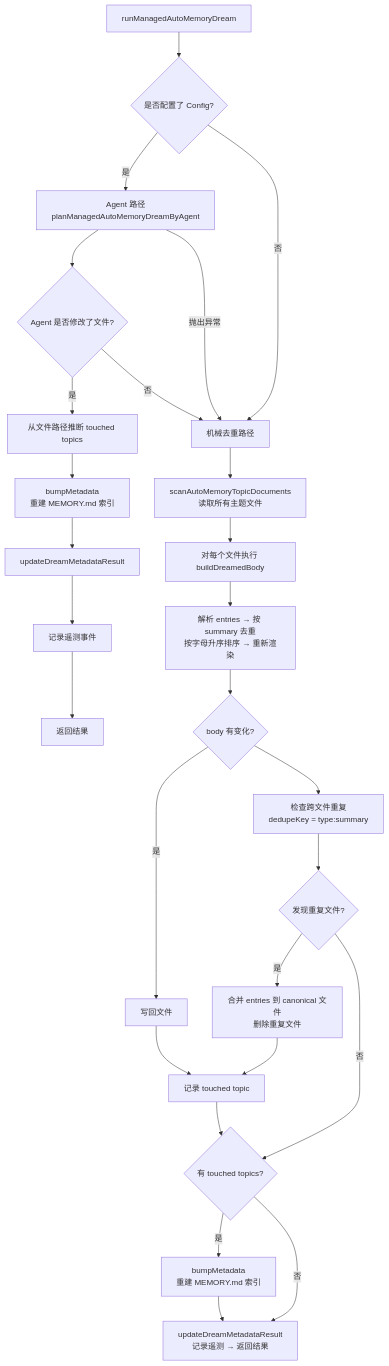
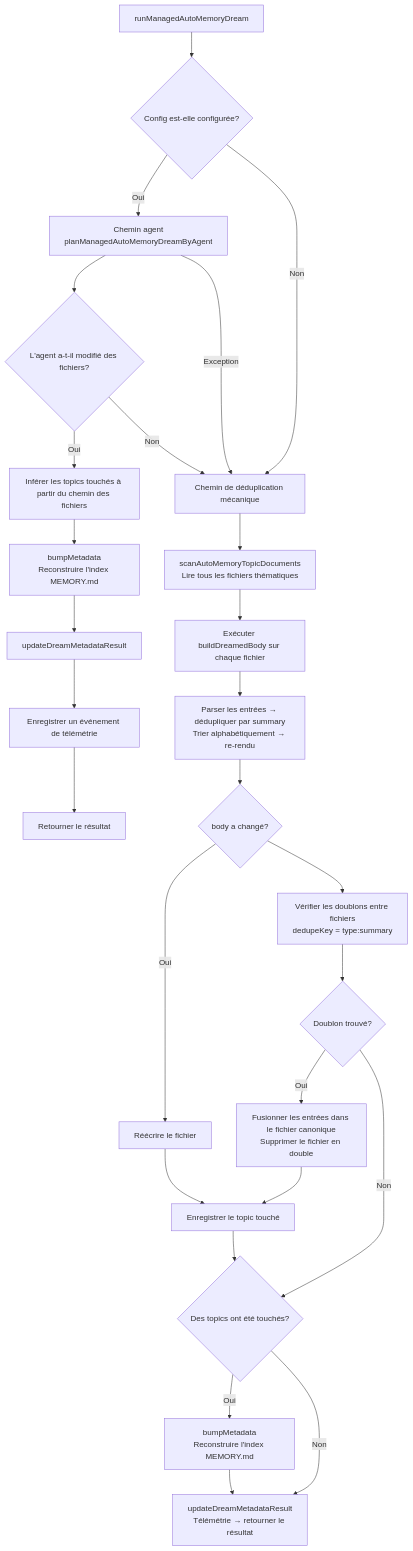
Before and after one commit to QwenLM/qwen-code-docs: the fifth of 7 diagrams in website/content/fr/design/auto-memory/memory-system.md, drawn with Mermaid. The commit also changed other lines of this file and 1077 other files, not shown here.

````diff
--- a/website/content/fr/design/auto-memory/memory-system.md
+++ b/website/content/fr/design/auto-memory/memory-system.md
@@ -298,30 +299,30 @@
 ```mermaid
 flowchart TD
-    A[runManagedAutoMemoryDream] --> B{是否配置了 Config?}
-    B -- 是 --> C[Agent 路径\nplanManagedAutoMemoryDreamByAgent]
-    C --> D{Agent 是否修改了文件?}
-    D -- 是 --> E[从文件路径推断 touched topics]
-    E --> F[bumpMetadata\n重建 MEMORY.md 索引]
+    A[runManagedAutoMemoryDream] --> B{Config est-elle configurée?}
+    B -- Oui --> C[Chemin agent\nplanManagedAutoMemoryDreamByAgent]
+    C --> D{L'agent a-t-il modifié des fichiers?}
+    D -- Oui --> E[Inférer les topics touchés à partir du chemin des fichiers]
+    E --> F[bumpMetadata\nReconstruire l'index MEMORY.md]
     F --> G[updateDreamMetadataResult]
-    G --> H[记录遥测事件]
-    H --> I[返回结果]
-    B -- 否 --> J[机械去重路径]
-    C -- 抛出异常 --> J
-    D -- 否 --> J
+    G --> H[Enregistrer un événement de télémétrie]
+    H --> I[Retourner le résultat]
+    B -- Non --> J[Chemin de déduplication mécanique]
+    C -- Exception --> J
+    D -- Non --> J
 
-    J --> K[scanAutoMemoryTopicDocuments\n读取所有主题文件]
-    K --> L[对每个文件执行 buildDreamedBody]
-    L --> M[解析 entries → 按 summary 去重\n按字母升序排序 → 重新渲染]
-    M --> N{body 有变化?}
-    N -- 是 --> O[写回文件]
-    O --> P[记录 touched topic]
-    N --> Q[检查跨文件重复\ndedupeKey = type:summary]
-    Q --> R{发现重复文件?}
-    R -- 是 --> S[合并 entries 到 canonical 文件\n删除重复文件]
+    J --> K[scanAutoMemoryTopicDocuments\nLire tous les fichiers thématiques]
+    K --> L[Exécuter buildDreamedBody sur chaque fichier]
+    L --> M[Parser les entrées → dédupliquer par summary\nTrier alphabétiquement → re-rendu]
+    M --> N{body a changé?}
+    N -- Oui --> O[Réécrire le fichier]
+    O --> P[Enregistrer le topic touché]
+    N --> Q[Vérifier les doublons entre fichiers\ndedupeKey = type:summary]
+    Q --> R{Doublon trouvé?}
+    R -- Oui --> S[Fusionner les entrées dans le fichier canonique\nSupprimer le fichier en double]
     S --> P
-    R -- 否 --> T{有 touched topics?}
+    R -- Non --> T{Des topics ont été touchés?}
     P --> T
-    T -- 是 --> U[bumpMetadata\n重建 MEMORY.md 索引]
-    U --> V[updateDreamMetadataResult\n记录遥测 → 返回结果]
-    T -- 否 --> V
+    T -- Oui --> U[bumpMetadata\nReconstruire l'index MEMORY.md]
+    U --> V[updateDreamMetadataResult\nTélémétrie → retourner le résultat]
+    T -- Non --> V
 ```
````
